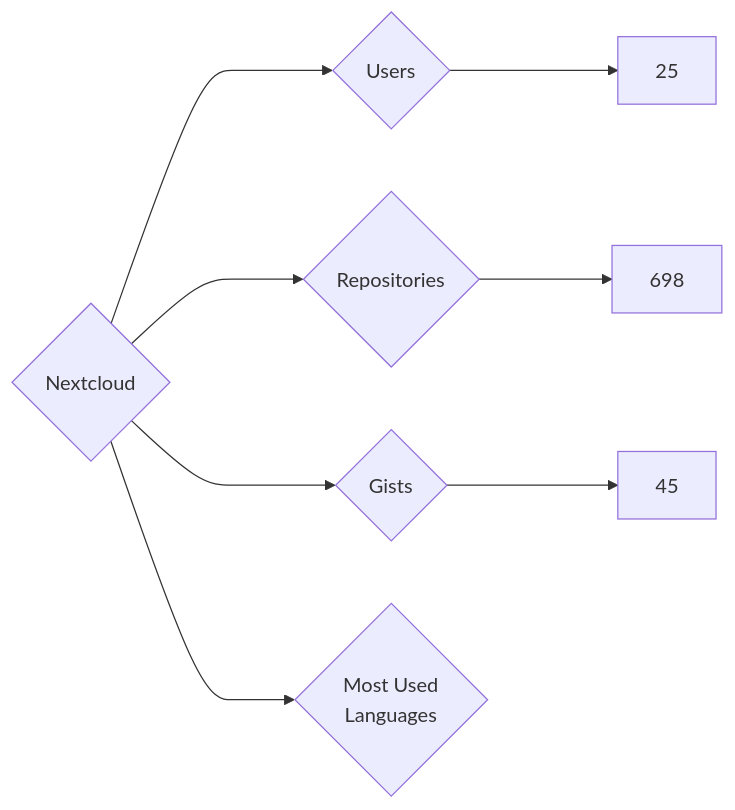
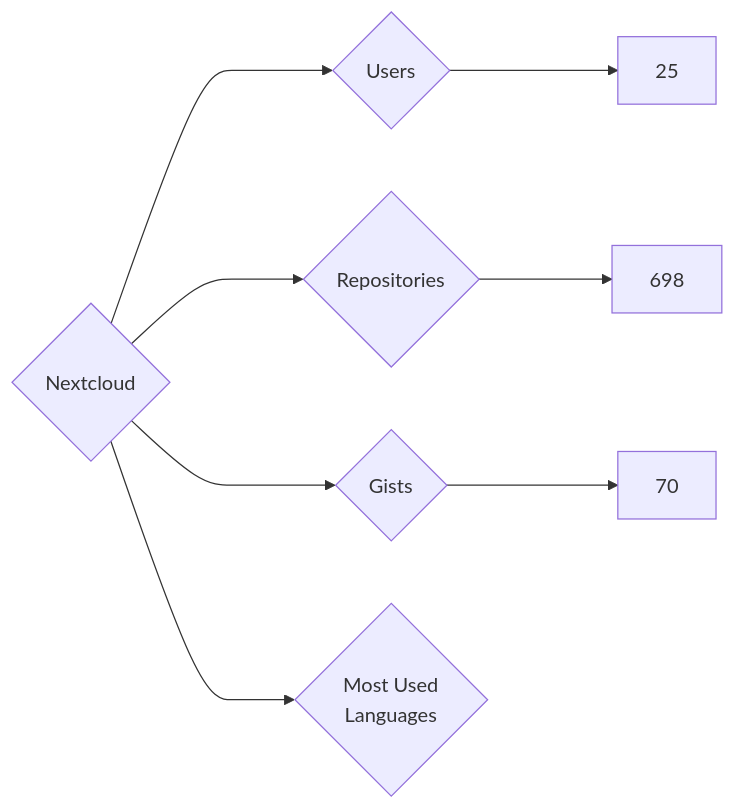
Before and after one commit to nenadzaric/insiders: the diagram in targets/Nextcloud/README.md, drawn with Mermaid. The commit also changed 1342 other files, not shown here.

````diff
--- a/targets/Nextcloud/README.md
+++ b/targets/Nextcloud/README.md
@@ -3,8 +3,8 @@
 ```mermaid
 graph LR
 COMPANY_NAME{Nextcloud}
 COMPANY_NAME ---> U{Users} ---> UN[25]
 COMPANY_NAME ---> R{Repositories} ---> RN[698]
-COMPANY_NAME ---> G{Gists} ---> GN[45]
+COMPANY_NAME ---> G{Gists} ---> GN[70]
 COMPANY_NAME ---> ML{Most Used<br>Languages}
 ```
````
